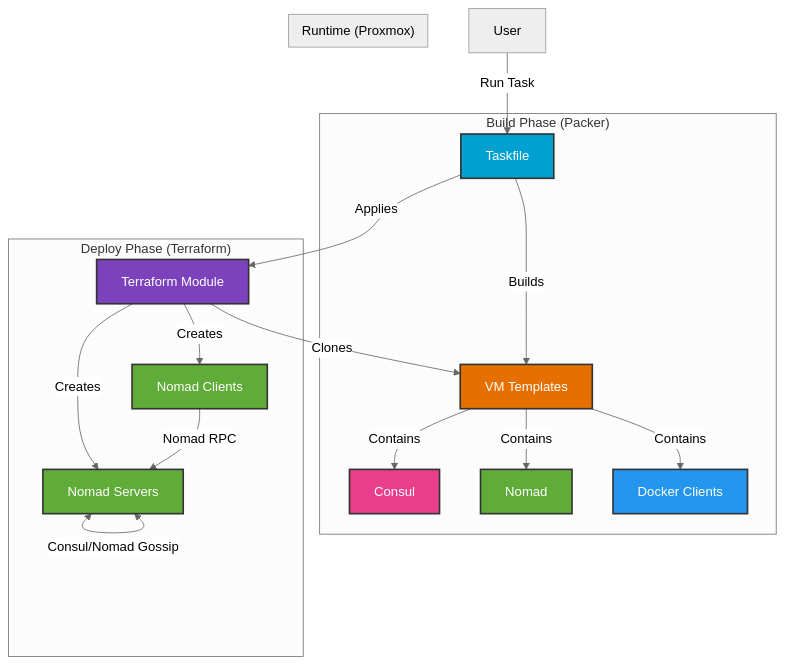
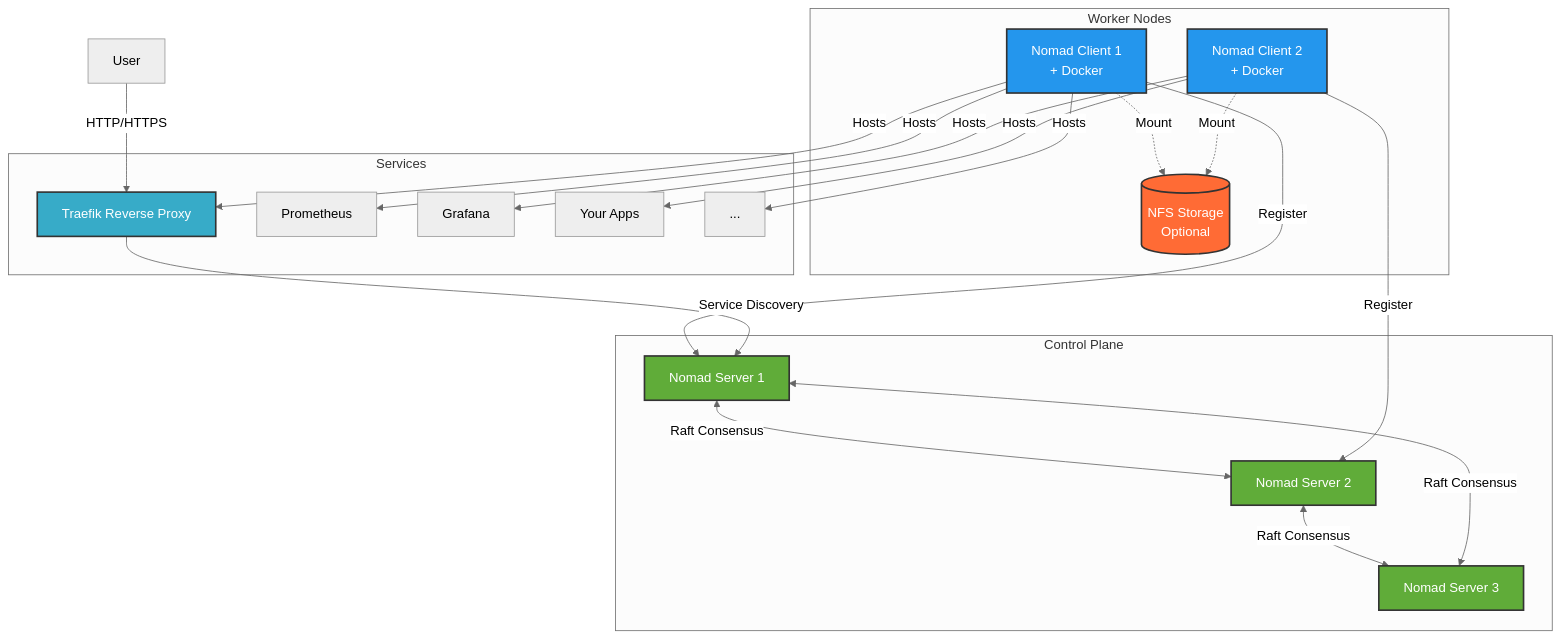
One commit to jharter1/hashi_homelab changed the diagram in README.md. Above: the diagram before and after it, drawn with Mermaid (neutral theme). The commit also changed other lines of this file, not shown here.

````diff
--- a/README.md
+++ b/README.md
@@ -18,33 +35,49 @@
 ```mermaid
 graph TD
-    User[User] -->|Run Task| Taskfile
+    User[User] -->|HTTP/HTTPS| Traefik[Traefik Reverse Proxy]
     
-    subgraph "Build Phase (Packer)"
-        Taskfile -->|Builds| Template[VM Templates]
-        Template -->|Contains| Consul
-        Template -->|Contains| Nomad
-        Template -->|Contains| Docker[Docker Clients]
+    subgraph "Control Plane"
+        Server1[Nomad Server 1]
+        Server2[Nomad Server 2]
+        Server3[Nomad Server 3]
+        Server1 <-->|Raft Consensus| Server2
+        Server2 <-->|Raft Consensus| Server3
+        Server3 <-->|Raft Consensus| Server1
     end
     
-    subgraph "Deploy Phase (Terraform)"
-        Taskfile -->|Applies| TF[Terraform Module]
-        TF -->|Clones| Template
-        TF -->|Creates| Server[Nomad Servers]
-        TF -->|Creates| Client[Nomad Clients]
+    subgraph "Worker Nodes"
+        Client1[Nomad Client 1<br/>+ Docker]
+        Client2[Nomad Client 2<br/>+ Docker]
+        Storage[(NFS Storage<br/>Optional)]
     end
     
-    subgraph "Runtime (Proxmox)"
-        Server <-->|Consul/Nomad Gossip| Server
-        Client -->|Nomad RPC| Server
+    subgraph "Services"
+        Traefik
+        Prometheus[Prometheus]
+        Grafana[Grafana]
+        App1[Your Apps]
+        App2[...]
     end
+    
+    Client1 -->|Hosts| Traefik
+    Client1 -->|Hosts| Prometheus
+    Client2 -->|Hosts| Grafana
+    Client2 -->|Hosts| App1
+    Client1 -->|Hosts| App2
+    
+    Client1 -->|Register| Server1
+    Client2 -->|Register| Server2
+    
+    Traefik -->|Service Discovery| Server1
+    Client1 -.->|Mount| Storage
+    Client2 -.->|Mount| Storage
 
     %% Styling
-    style Consul fill:#e93e8c,stroke:#333,stroke-width:2px,color:white
-    style Nomad fill:#60ac39,stroke:#333,stroke-width:2px,color:white
-    style Docker fill:#2496ed,stroke:#333,stroke-width:2px,color:white
-    style TF fill:#7b42bc,stroke:#333,stroke-width:2px,color:white
-    style Taskfile fill:#00A0D0,stroke:#333,stroke-width:2px,color:white
-    style Template fill:#E57000,stroke:#333,stroke-width:2px,color:white
-    style Server fill:#60ac39,stroke:#333,stroke-width:2px,color:white
-    style Client fill:#60ac39,stroke:#333,stroke-width:2px,color:white
+    style Server1 fill:#60ac39,stroke:#333,stroke-width:2px,color:white
+    style Server2 fill:#60ac39,stroke:#333,stroke-width:2px,color:white
+    style Server3 fill:#60ac39,stroke:#333,stroke-width:2px,color:white
+    style Client1 fill:#2496ed,stroke:#333,stroke-width:2px,color:white
+    style Client2 fill:#2496ed,stroke:#333,stroke-width:2px,color:white
+    style Traefik fill:#37abc8,stroke:#333,stroke-width:2px,color:white
+    style Storage fill:#ff6b35,stroke:#333,stroke-width:2px,color:white
 ```
````
